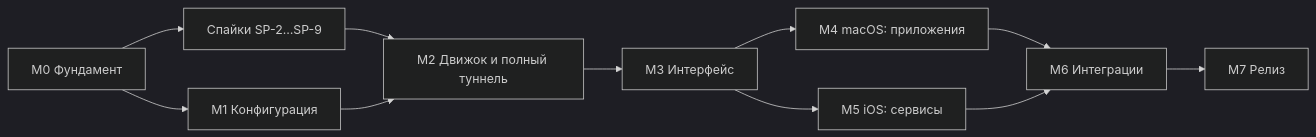
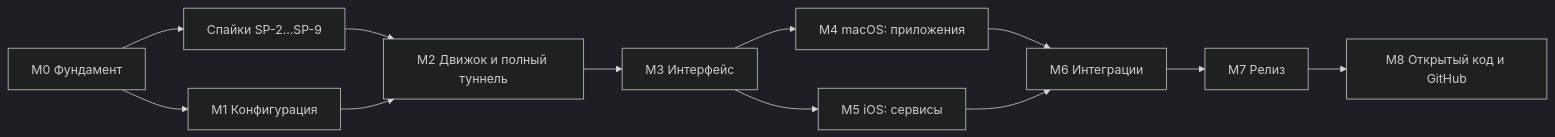
Before and after one commit to facelessdiplomat/splitway: the diagram in docs/05-tasks/README.md, drawn with Mermaid (dark theme). The commit also changed other lines of this file and 3 other files, not shown here.

First line of the commit message:
docs: go macOS-only and open source with GitHub releases (D-45..D-50)

````diff
--- a/docs/05-tasks/README.md
+++ b/docs/05-tasks/README.md
@@ -43,13 +45,14 @@
 ```mermaid
 flowchart LR
   M0[M0 Фундамент] --> SP[Спайки SP-2…SP-9]
   M0 --> M1[M1 Конфигурация]
   SP --> M2[M2 Движок и полный туннель]
   M1 --> M2
   M2 --> M3[M3 Интерфейс]
   M3 --> M4[M4 macOS: приложения]
   M3 --> M5[M5 iOS: сервисы]
   M4 --> M6[M6 Интеграции]
   M5 --> M6
   M6 --> M7[M7 Релиз]
+  M7 --> M8[M8 Открытый код и GitHub]
 ```
````
